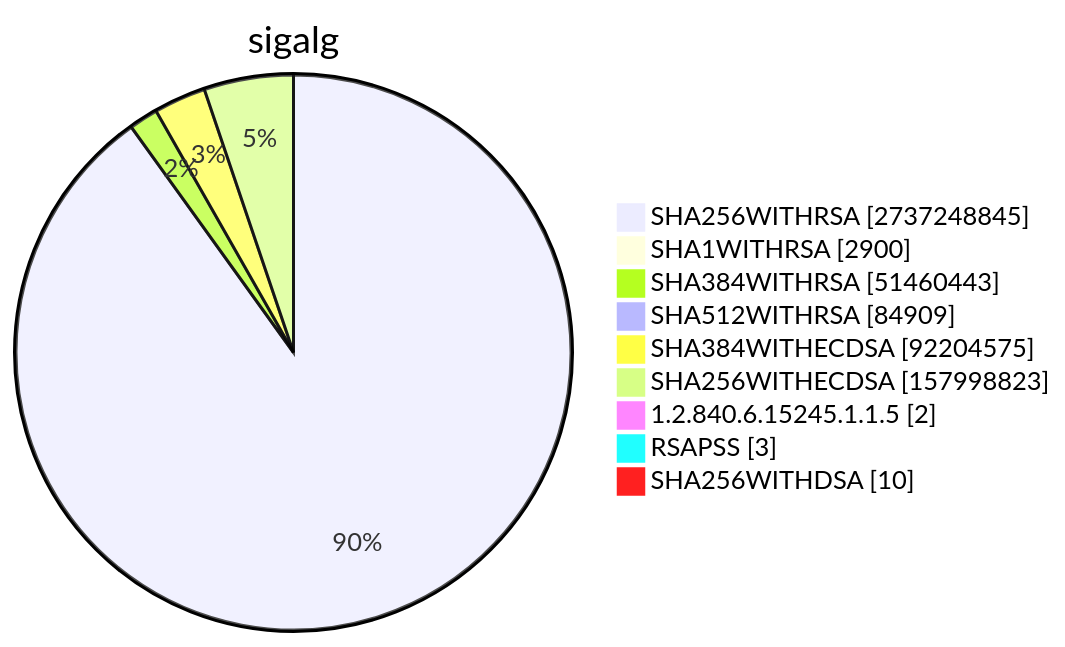
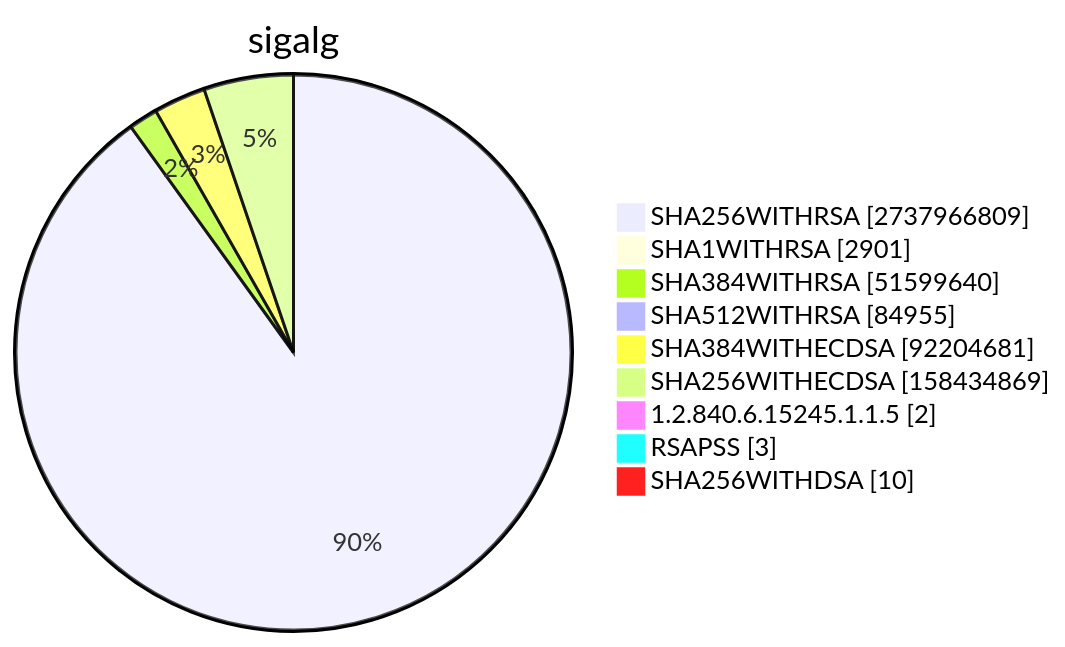
Before and after one commit to christiankrug/ctmonitor_visualization: diagram 15 of 15 in TOTAL/README.md, drawn with Mermaid. The commit also changed other lines of this file, not shown here.

````diff
--- a/TOTAL/README.md
+++ b/TOTAL/README.md
@@ -6199,13 +6201,13 @@
 ```mermaid
 pie showData
 title sigalg
-"SHA256WITHRSA" :2737248845
-"SHA1WITHRSA" :2900
-"SHA384WITHRSA" :51460443
-"SHA512WITHRSA" :84909
-"SHA384WITHECDSA" :92204575
-"SHA256WITHECDSA" :157998823
+"SHA256WITHRSA" :2737966809
+"SHA1WITHRSA" :2901
+"SHA384WITHRSA" :51599640
+"SHA512WITHRSA" :84955
+"SHA384WITHECDSA" :92204681
+"SHA256WITHECDSA" :158434869
 "1.2.840.6.15245.1.1.5" :2
 "RSAPSS" :3
 "SHA256WITHDSA" :10
 ```
````
